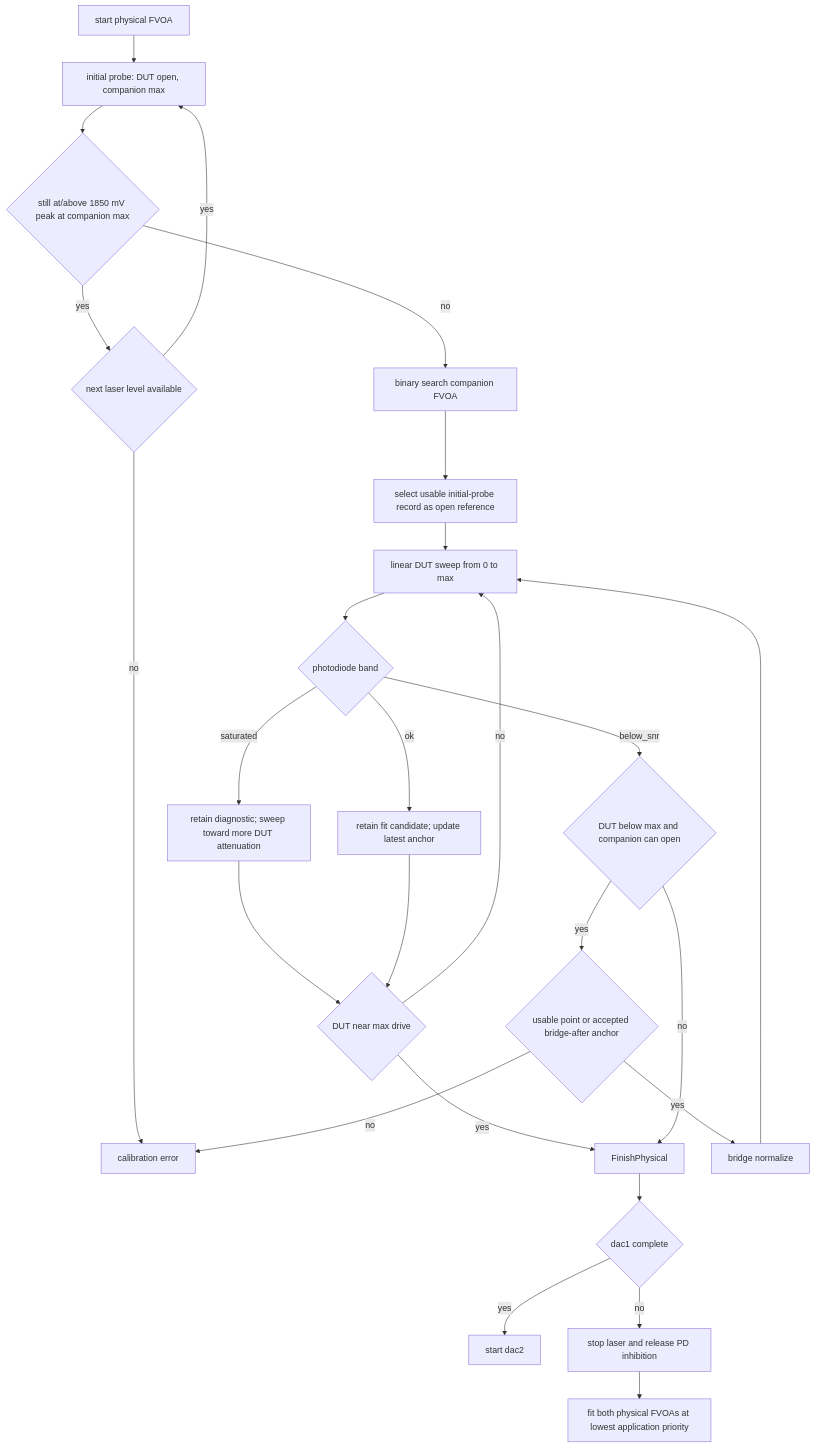
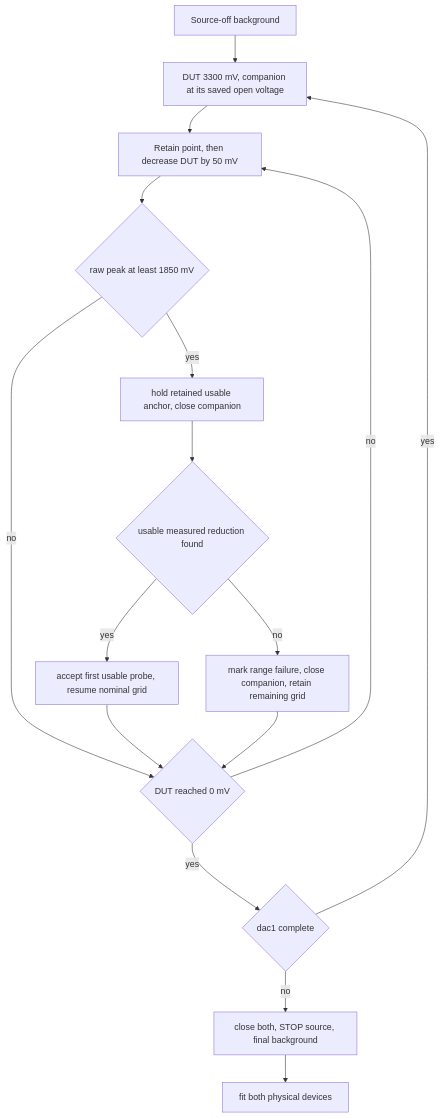
The fourth of 7 diagrams in doc/attenuator_calibration.md (COO-Utilities/hispec-tib), drawn with Mermaid before and after one commit. The commit also changed other lines of this file and 6 other files, not shown here.

Commit message:
Reconcile calibration documentation and record OTA bench verification

````diff
--- a/doc/attenuator_calibration.md
+++ b/doc/attenuator_calibration.md
@@ -166,28 +162,18 @@
 ```mermaid
 flowchart TD
-  StartPhysical[start physical FVOA] --> Initial[initial probe: DUT open, companion max]
-  Initial --> SaturatedAtMax{still at/above 1850 mV peak at companion max}
-  SaturatedAtMax -- yes --> LowerLaser{next laser level available}
-  LowerLaser -- yes --> Initial
-  LowerLaser -- no --> Error[calibration error]
-  SaturatedAtMax -- no --> CompanionSearch[binary search companion FVOA]
-  CompanionSearch --> Reference[select usable initial-probe record as open reference]
-  Reference --> Sweep[linear DUT sweep from 0 to max]
-  Sweep --> Band{photodiode band}
-  Band -- saturated --> Bright[retain diagnostic; sweep toward more DUT attenuation]
-  Bright --> MoreRange{DUT near max drive}
-  Band -- ok --> Usable[retain fit candidate; update latest anchor]
-  Usable --> MoreRange
-  MoreRange -- yes --> FinishPhysical
-  MoreRange -- no --> Sweep
-  Band -- below_snr --> BridgeRange{DUT below max and companion can open}
-  BridgeRange -- no --> FinishPhysical
-  BridgeRange -- yes --> Anchor{usable point or accepted bridge-after anchor}
-  Anchor -- no --> Error
-  Anchor -- yes --> Bridge[bridge normalize]
-  Bridge --> Sweep
-  FinishPhysical --> Next{dac1 complete}
-  Next -- yes --> StartDac2[start dac2]
-  Next -- no --> Stop[stop laser and release PD inhibition]
-  Stop --> Fit[fit both physical FVOAs at lowest application priority]
+  Start[Source-off background] --> Physical[DUT 3300 mV, companion at its saved open voltage]
+  Physical --> Sweep[Retain point, then decrease DUT by 50 mV]
+  Sweep --> Bright{raw peak at least 1850 mV}
+  Bright -- no --> End{DUT reached 0 mV}
+  Bright -- yes --> Bridge[hold retained usable anchor, close companion]
+  Bridge --> Usable{usable measured reduction found}
+  Usable -- yes --> Resume[accept first usable probe, resume nominal grid]
+  Resume --> End
+  Usable -- no --> Failed[mark range failure, close companion, retain remaining grid]
+  Failed --> End
+  End -- no --> Sweep
+  End -- yes --> Next{dac1 complete}
+  Next -- yes --> Physical
+  Next -- no --> Stop[close both, STOP source, final background]
+  Stop --> Fit[fit both physical devices]
 ```
````
